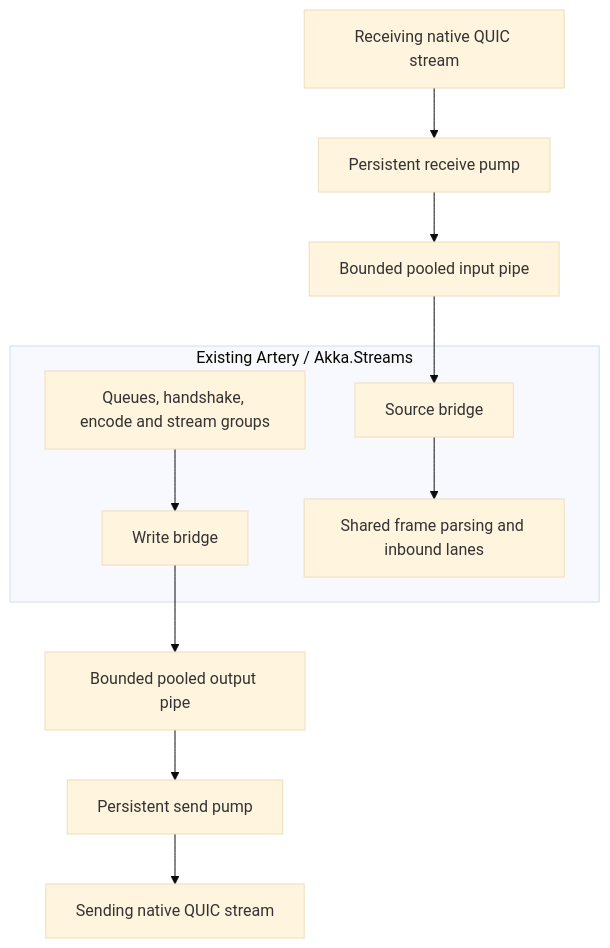
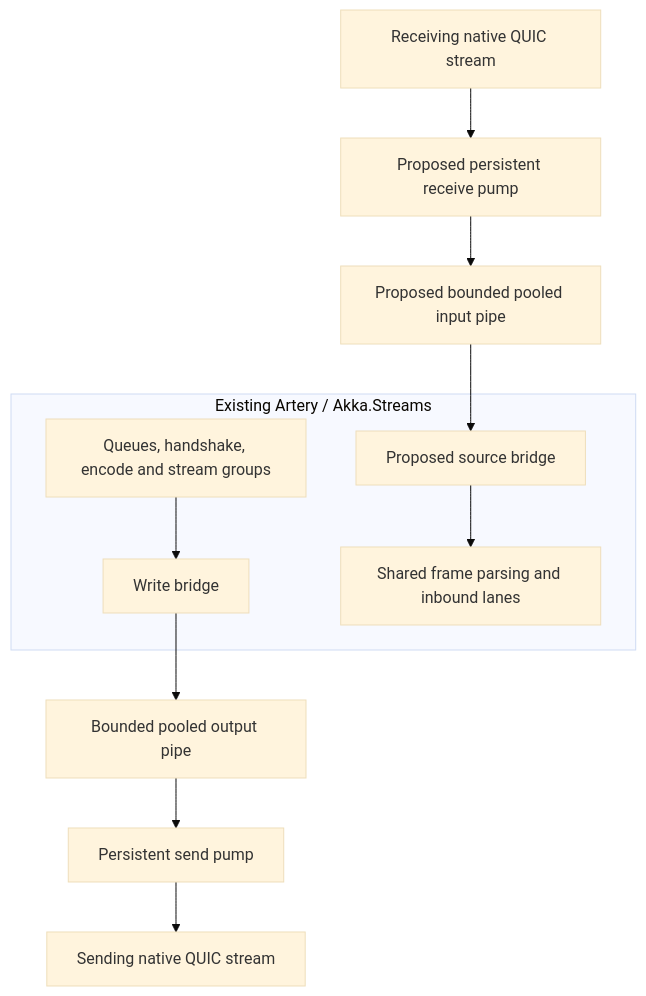
Before and after one commit to Aaronontheweb/akka.net: the second of 3 diagrams in openspec/changes/artery-quic-prototype/design.md, drawn with Mermaid (base theme). The commit also changed other lines of this file and 6 other files, not shown here.

Commit message:
Experiment with bounded per-stream QUIC pipe accumulation

````diff
--- a/openspec/changes/artery-quic-prototype/design.md
+++ b/openspec/changes/artery-quic-prototype/design.md
@@ -119,13 +129,13 @@
 ```mermaid
 flowchart TB
     subgraph Graph["Existing Artery / Akka.Streams"]
         A["Queues, handshake, encode and stream groups"] --> B["Write bridge"]
-        R["Source bridge"] --> D["Shared frame parsing and inbound lanes"]
+        R["Proposed source bridge"] --> D["Shared frame parsing and inbound lanes"]
     end
     B --> OP["Bounded pooled output pipe"]
     OP --> SP["Persistent send pump"]
     SP --> OUT["Sending native QUIC stream"]
-    IN["Receiving native QUIC stream"] --> RP["Persistent receive pump"]
-    RP --> IP["Bounded pooled input pipe"]
+    IN["Receiving native QUIC stream"] --> RP["Proposed persistent receive pump"]
+    RP --> IP["Proposed bounded pooled input pipe"]
     IP --> R
 ```
````
